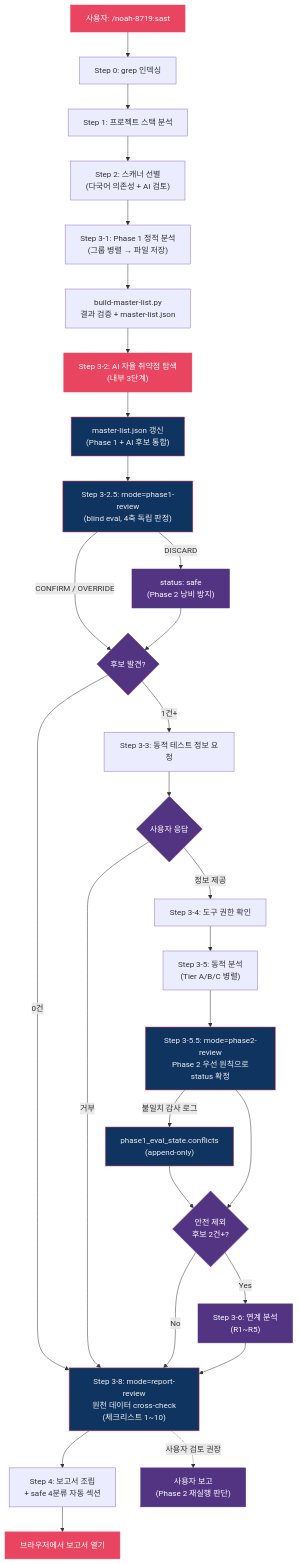
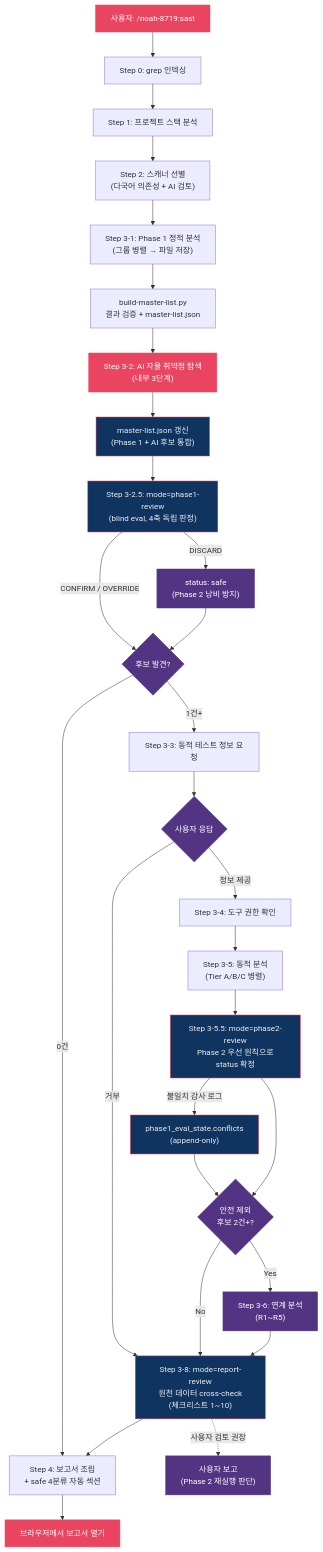
One commit to nomarlhack/noah-sast changed the diagram in README.md. Above: the diagram before and after it, drawn with Mermaid. The commit also changed 1 other file, not shown here.

Commit message:
fix(sast): report-review는 후보 1건 이상인 경우에만 실행
## 변경

- README 흐름도: `Check -->|0건|` 경로가 Review를 거치지 않고 S4(보고서 조립)로 직결. 후보 1건 이상인 모든 경로(동적 테스트 거부 포함)는 Review를 반드시 거침.
- `skills/sast/SKILL.md` Step 3-8: 스킵 조건 명시 — `status ∈ {confirmed, candidate}` 후보 0건이면 스킵, 그 외 모든 경우 반드시 실행.

## 이유

report-review는 후보 데이터의 cross-scanner 정확성 검증이 목적.
후보 0건이면 검증 대상 없음 → 의미 없는 에이전트 호출 방지.
후보 1건 이상이면 반드시 거쳐 가는 품질 게이트.

````diff
--- a/README.md
+++ b/README.md
@@ -38,45 +38,45 @@
 ```mermaid
 flowchart TD
     User["사용자: /noah-8719:sast"] --> S0["Step 0: grep 인덱싱"]
     S0 --> S1["Step 1: 프로젝트 스택 분석"]
     S1 --> S2["Step 2: 스캐너 선별\n(다국어 의존성 + AI 검토)"]
     S2 --> S3["Step 3-1: Phase 1 정적 분석\n(그룹 병렬 → 파일 저장)"]
     S3 --> BML2["build-master-list.py\n결과 검증 + master-list.json"]
     BML2 --> AI["Step 3-2: AI 자율 취약점 탐색\n(내부 3단계)"]
     AI --> MLUpdate2["master-list.json 갱신\n(Phase 1 + AI 후보 통합)"]
     MLUpdate2 --> EvalP1["Step 3-2.5: mode=phase1-review\n(blind eval, 4축 독립 판정)"]
     EvalP1 -->|DISCARD| ML_Safe["status: safe\n(Phase 2 낭비 방지)"]
     EvalP1 -->|CONFIRM / OVERRIDE| Check{후보 발견?}
     ML_Safe --> Check
-    Check -->|0건| Review
+    Check -->|0건| S4["Step 4: 보고서 조립\n+ safe 4분류 자동 섹션"]
     Check -->|1건+| Ask["Step 3-3: 동적 테스트 정보 요청"]
     Ask --> UserReply{사용자 응답}
     UserReply -->|정보 제공| Perm["Step 3-4: 도구 권한 확인"]
     UserReply -->|거부| Review
     Perm --> Dynamic["Step 3-5: 동적 분석\n(Tier A/B/C 병렬)"]
     Dynamic --> Eval["Step 3-5.5: mode=phase2-review\nPhase 2 우선 원칙으로\nstatus 확정"]
     Eval -->|불일치 감사 로그| Conflicts["phase1_eval_state.conflicts\n(append-only)"]
     Conflicts --> ChainCheck
     Eval --> ChainCheck{"안전 제외\n후보 2건+?"}
     ChainCheck -->|Yes| Chain["Step 3-6: 연계 분석\n(R1~R5)"]
     ChainCheck -->|No| Review
     Chain --> Review["Step 3-8: mode=report-review\n원천 데이터 cross-check\n(체크리스트 1~10)"]
-    Review --> S4["Step 4: 보고서 조립\n+ safe 4분류 자동 섹션"]
+    Review --> S4
     Review -.->|사용자 검토 권장| UserReport["사용자 보고\n(Phase 2 재실행 판단)"]
     S4 --> Open["브라우저에서 보고서 열기"]
 
     style User fill:#e94560,stroke:#e94560,color:#fff
     style AI fill:#e94560,stroke:#e94560,color:#fff
     style MLUpdate2 fill:#0f3460,stroke:#e94560,color:#eee
     style EvalP1 fill:#0f3460,stroke:#e94560,color:#eee
     style Eval fill:#0f3460,stroke:#e94560,color:#eee
     style Review fill:#0f3460,stroke:#e94560,color:#eee
     style Conflicts fill:#0f3460,stroke:#e94560,color:#eee
     style ML_Safe fill:#533483,stroke:#533483,color:#fff
     style Chain fill:#533483,stroke:#533483,color:#fff
     style Open fill:#e94560,stroke:#e94560,color:#fff
     style Check fill:#533483,stroke:#533483,color:#fff
     style ChainCheck fill:#533483,stroke:#533483,color:#fff
     style UserReply fill:#533483,stroke:#533483,color:#fff
     style UserReport fill:#533483,stroke:#533483,color:#fff
 ```
````
